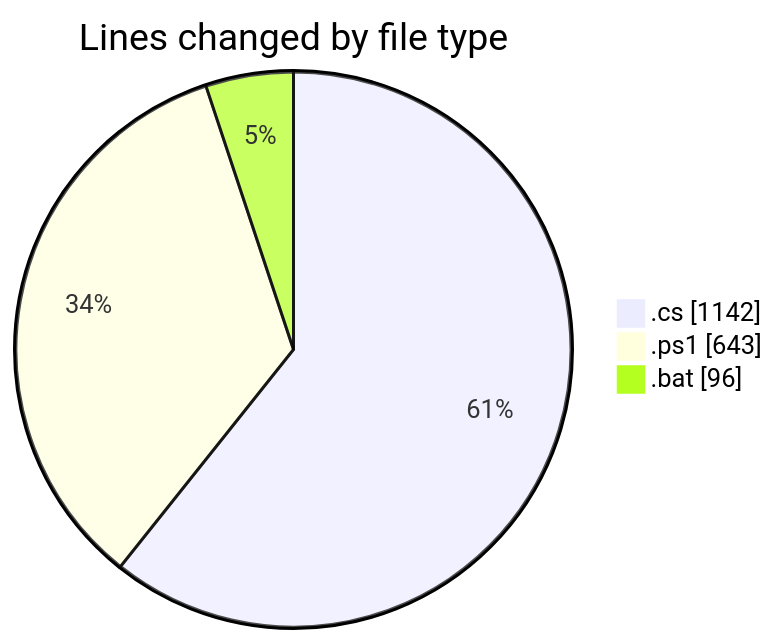
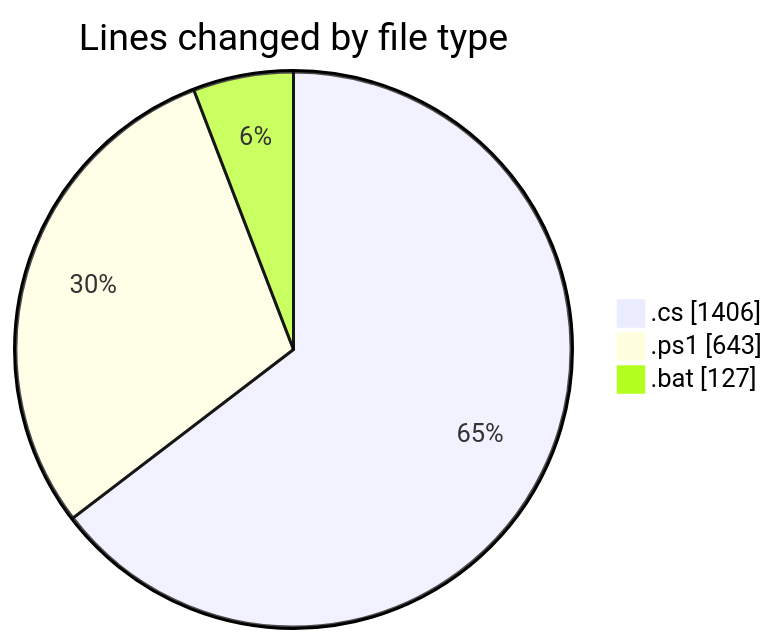
Before and after one commit to lephambinh05/code-tracking: the first of 2 diagrams in 2025-07-28/quanlyrapchieuphim-2/README.md, drawn with Mermaid. The commit also changed other lines of this file and 1 other file, not shown here.

````diff
--- a/2025-07-28/quanlyrapchieuphim-2/README.md
+++ b/2025-07-28/quanlyrapchieuphim-2/README.md
@@ -27,7 +29,7 @@
 ```mermaid
 pie showData
 title Lines changed by file type
-".cs" : 1142
+".cs" : 1406
 ".ps1" : 643
-".bat" : 96
+".bat" : 127
 ```
````
